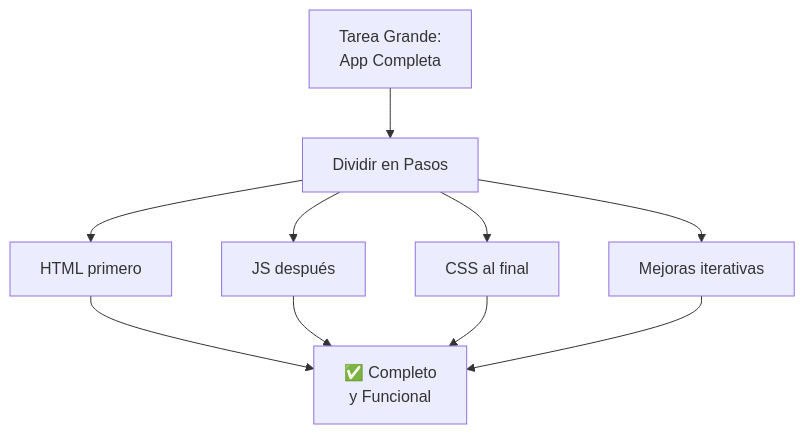
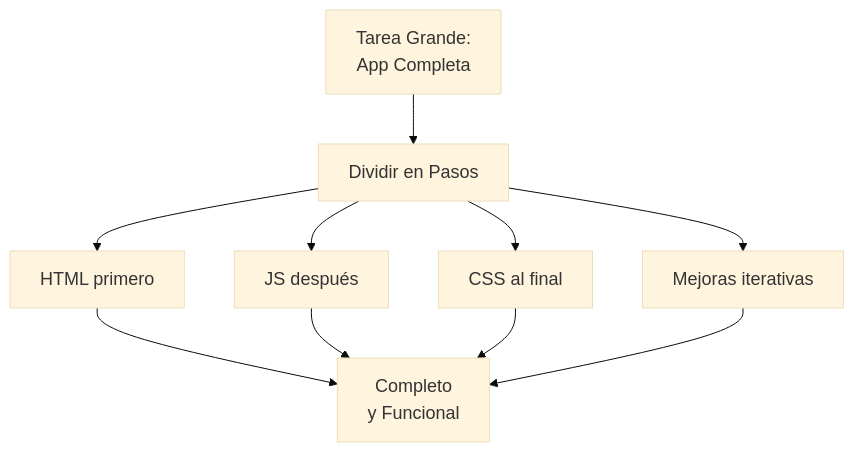
The eighth of 8 diagrams in courses/🟡-development/FPUNA-2026/00-FUNDAMENTOS-PRINCIPALES/05-proyecto-en-vivo.md (Ai-Whisperers/Courses-Content), drawn with Mermaid before and after one commit. The commit also changed other lines of this file and 47 other files, not shown here.

First line of the commit message:
fix: Make all 473 diagrams WCAG AAA accessible (FPUNA-2026)

````diff
--- a/courses/🟡-development/FPUNA-2026/00-FUNDAMENTOS-PRINCIPALES/05-proyecto-en-vivo.md
+++ b/courses/🟡-development/FPUNA-2026/00-FUNDAMENTOS-PRINCIPALES/05-proyecto-en-vivo.md
@@ -934,13 +942,14 @@
 ```mermaid
+%%{init: {'theme':'base', 'themeVariables': {'fontSize':'18px'}}}%%
 flowchart TD
     A[Tarea Grande:<br/>App Completa] --> B[Dividir en Pasos]
     B --> C[HTML primero]
     B --> D[JS después]
     B --> E[CSS al final]
     B --> F[Mejoras iterativas]
     
-    C --> G[✅ Completo<br/>y Funcional]
+    C --> G[Completo<br/>y Funcional]
     D --> G
     E --> G
     F --> G
 ```
````
